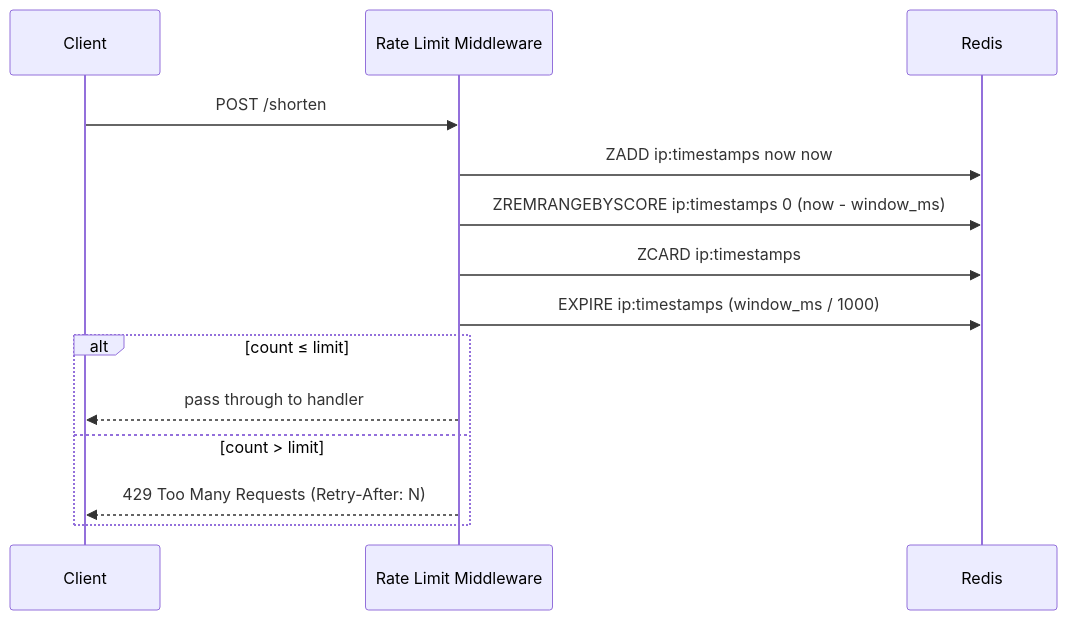
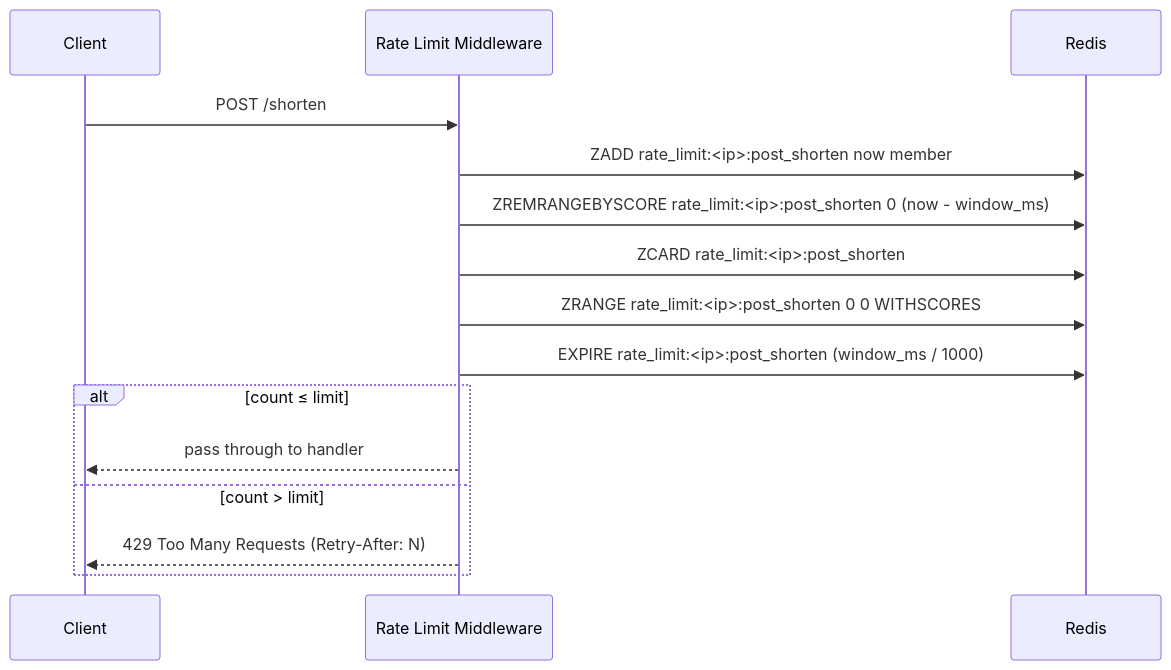
One commit to abustamam/portfolio-blog changed the diagram in notes/outlines/phase-3.md. Above: the diagram before and after it, drawn with Mermaid. The commit also changed other lines of this file and 5 other files, not shown here.

First line of the commit message:
feat: publish url shortener phase 3 — sliding window rate limiting

````diff
--- a/notes/outlines/phase-3.md
+++ b/notes/outlines/phase-3.md
@@ -95,17 +95,18 @@
 ```mermaid
 sequenceDiagram
   participant C as Client
   participant M as Rate Limit Middleware
   participant R as Redis
 
   C->>M: POST /shorten
-  M->>R: ZADD ip:timestamps now now
-  M->>R: ZREMRANGEBYSCORE ip:timestamps 0 (now - window_ms)
-  M->>R: ZCARD ip:timestamps
-  M->>R: EXPIRE ip:timestamps (window_ms / 1000)
+  M->>R: ZADD rate_limit:<ip>:post_shorten now member
+  M->>R: ZREMRANGEBYSCORE rate_limit:<ip>:post_shorten 0 (now - window_ms)
+  M->>R: ZCARD rate_limit:<ip>:post_shorten
+  M->>R: ZRANGE rate_limit:<ip>:post_shorten 0 0 WITHSCORES
+  M->>R: EXPIRE rate_limit:<ip>:post_shorten (window_ms / 1000)
   alt count ≤ limit
     M-->>C: pass through to handler
   else count > limit
     M-->>C: 429 Too Many Requests (Retry-After: N)
   end
 ```
````
